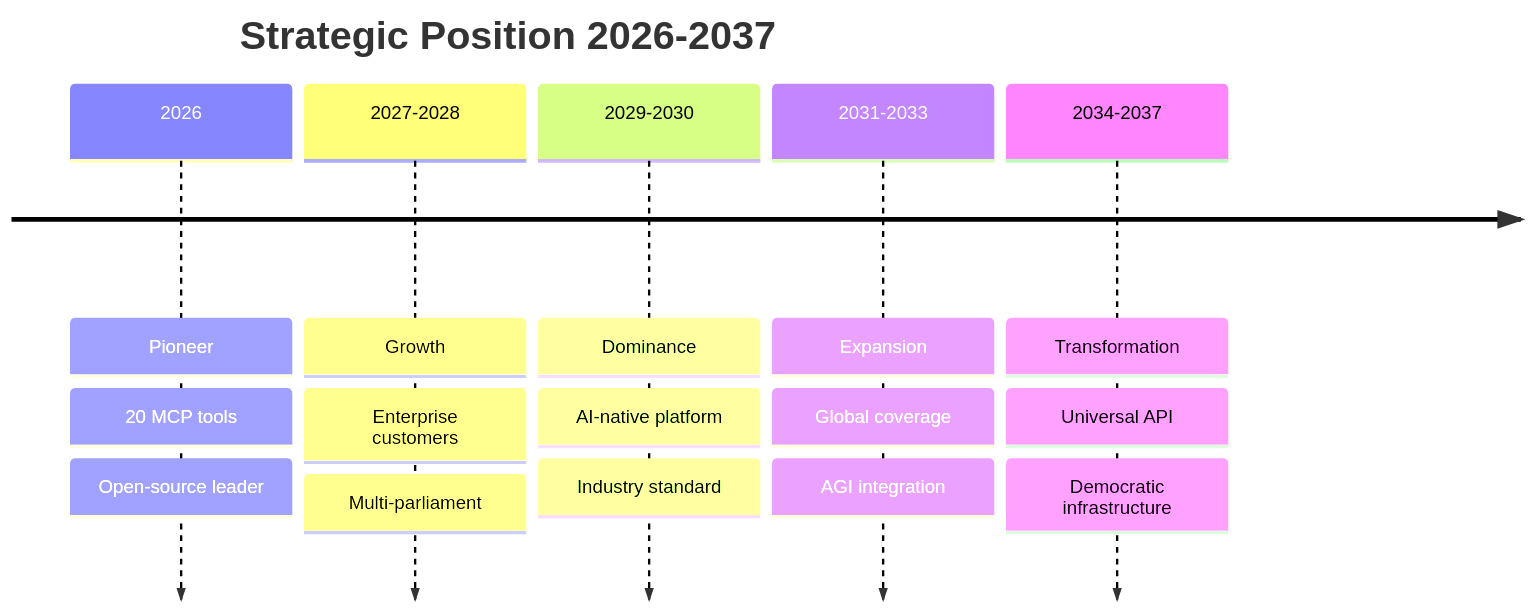
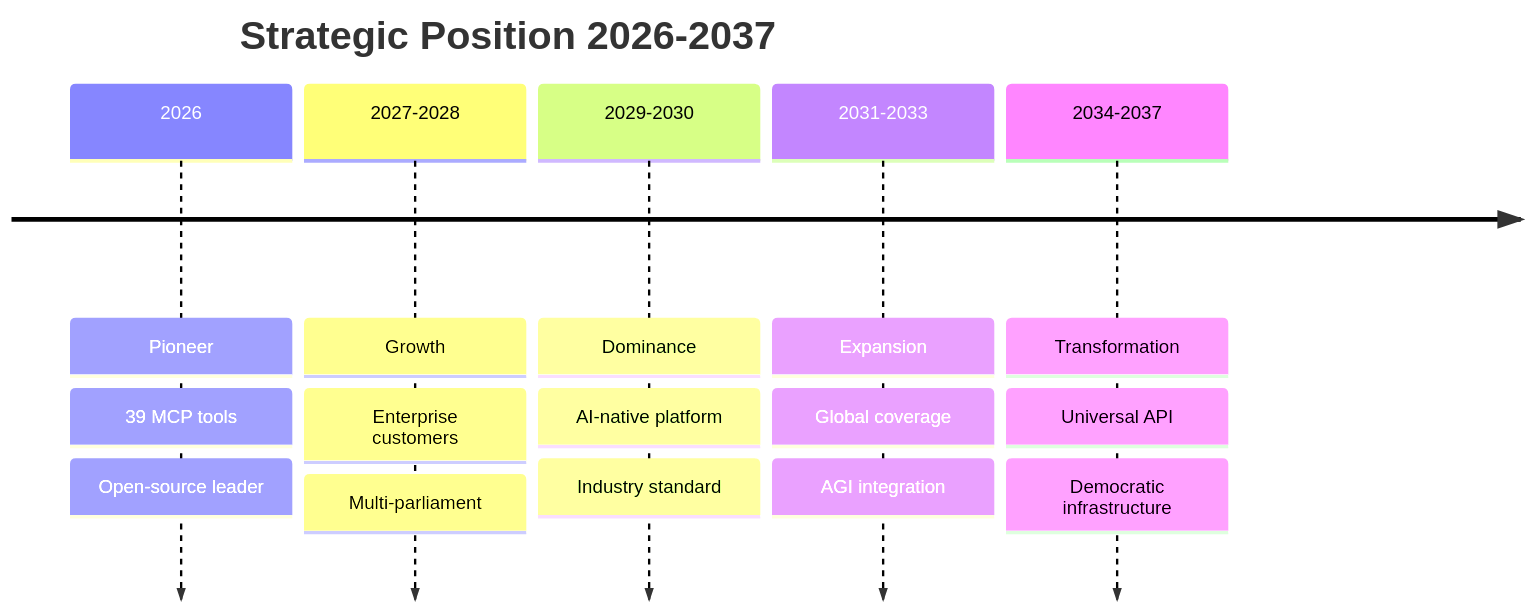
One commit to Hack23/European-Parliament-MCP-Server changed the fourth of 4 diagrams in FUTURE_SWOT.md. Above: the diagram before and after it, drawn with Mermaid. The commit also changed other lines of this file and 8 other files, not shown here.

````diff
--- a/FUTURE_SWOT.md
+++ b/FUTURE_SWOT.md
@@ -481,19 +481,19 @@
 ```mermaid
 timeline
     title Strategic Position 2026-2037
     2026 : Pioneer
-         : 20 MCP tools
+         : 39 MCP tools
          : Open-source leader
     2027-2028 : Growth
              : Enterprise customers
              : Multi-parliament
     2029-2030 : Dominance
              : AI-native platform
              : Industry standard
     2031-2033 : Expansion
              : Global coverage
              : AGI integration
     2034-2037 : Transformation
              : Universal API
              : Democratic infrastructure
 ```
````
